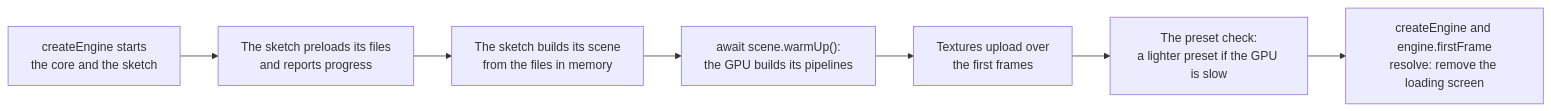
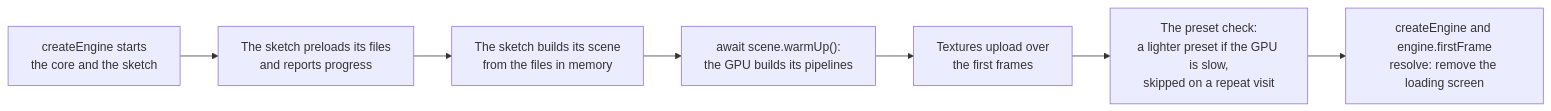
Before and after one commit to null3d-engine/null3d: the diagram in docs/guides/loading-screens.md, drawn with Mermaid. The commit also changed other lines of this file and 32 other files, not shown here.

````diff
--- a/docs/guides/loading-screens.md
+++ b/docs/guides/loading-screens.md
@@ -13,9 +13,9 @@
 ```mermaid
 flowchart LR
     start["createEngine starts<br/>the core and the sketch"] --> preload["The sketch preloads its files<br/>and reports progress"]
     preload --> setup["The sketch builds its scene<br/>from the files in memory"]
     setup --> warm["await scene.warmUp():<br/>the GPU builds its pipelines"]
     warm --> uploads["Textures upload over<br/>the first frames"]
-    uploads --> check["The preset check:<br/>a lighter preset if the GPU is slow"]
+    uploads --> check["The preset check:<br/>a lighter preset if the GPU is slow,<br/>skipped on a repeat visit"]
     check --> first["createEngine and engine.firstFrame<br/>resolve: remove the loading screen"]
 ```
````
